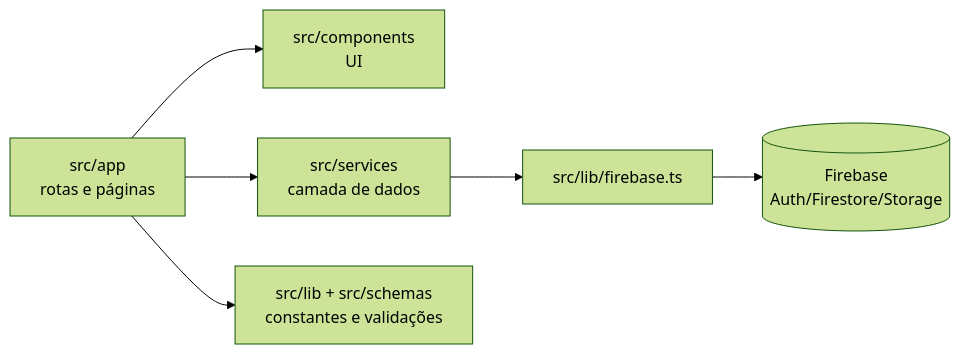
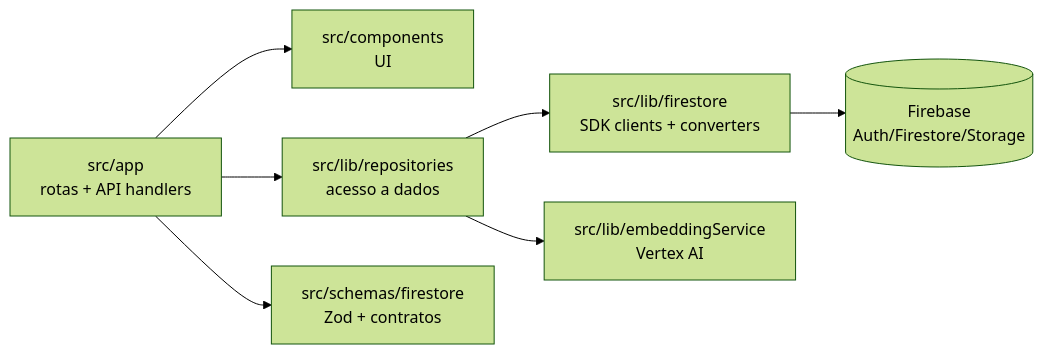
Before and after one commit to Hinten/luratha_frontend: the diagram in README.md, drawn with Mermaid (forest theme). The commit also changed other lines of this file and 7 other files, not shown here.

````diff
--- a/README.md
+++ b/README.md
@@ -65,8 +106,9 @@
 ```mermaid
 flowchart LR
-  A[src/app<br/>rotas e páginas] --> B[src/components<br/>UI]
-  A --> C[src/services<br/>camada de dados]
-  C --> D[src/lib/firebase.ts]
+  A[src/app<br/>rotas + API handlers] --> B[src/components<br/>UI]
+  A --> C[src/lib/repositories<br/>acesso a dados]
+  C --> D[src/lib/firestore<br/>SDK clients + converters]
   D --> E[(Firebase<br/>Auth/Firestore/Storage)]
-  A --> F[src/lib + src/schemas<br/>constantes e validações]
+  A --> F[src/schemas/firestore<br/>Zod + contratos]
+  C --> G[src/lib/embeddingService<br/>Vertex AI]
 ```
````
